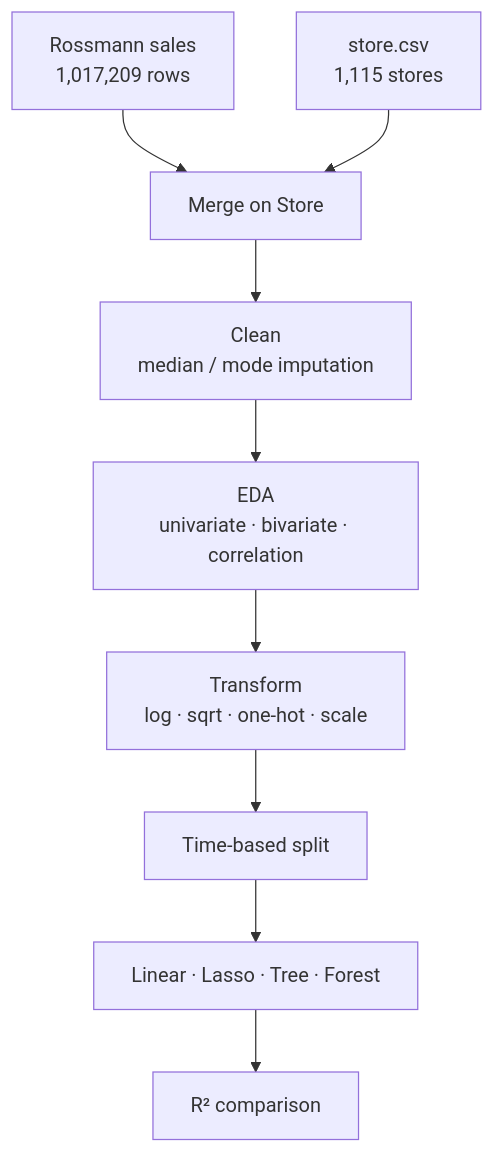
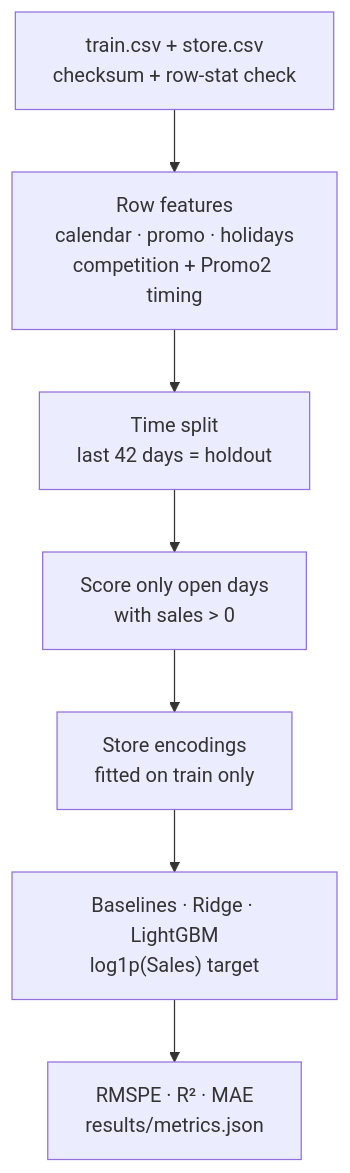
One commit to MohanVishe/rossmann-sales-forecasting changed the diagram in README.md. Above: the diagram before and after it, drawn with Mermaid. The commit also changed other lines of this file and 18 other files, not shown here.

````diff
--- a/README.md
+++ b/README.md
@@ -46,11 +65,9 @@
 ```mermaid
 flowchart TD
-    A["Rossmann sales<br/>1,017,209 rows"] --> C["Merge on Store"]
-    B["store.csv<br/>1,115 stores"] --> C
-    C --> D["Clean<br/>median / mode imputation"]
-    D --> E["EDA<br/>univariate · bivariate · correlation"]
-    E --> F["Transform<br/>log · sqrt · one-hot · scale"]
-    F --> G["Time-based split"]
-    G --> H["Linear · Lasso · Tree · Forest"]
-    H --> I["R² comparison"]
+    A["train.csv + store.csv<br/>checksum + row-stat check"] --> B["Row features<br/>calendar · promo · holidays<br/>competition + Promo2 timing"]
+    B --> C["Time split<br/>last 42 days = holdout"]
+    C --> D["Score only open days<br/>with sales > 0"]
+    D --> E["Store encodings<br/>fitted on train only"]
+    E --> F["Baselines · Ridge · LightGBM<br/>log1p(Sales) target"]
+    F --> G["RMSPE · R² · MAE<br/>results/metrics.json"]
 ```
````
